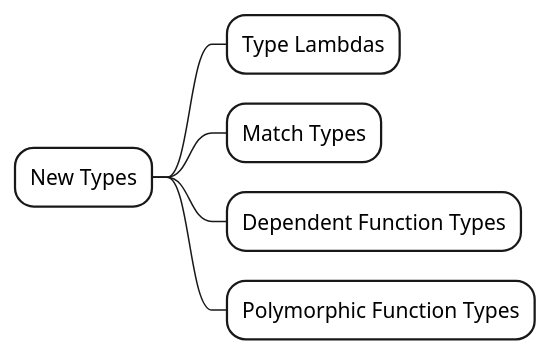
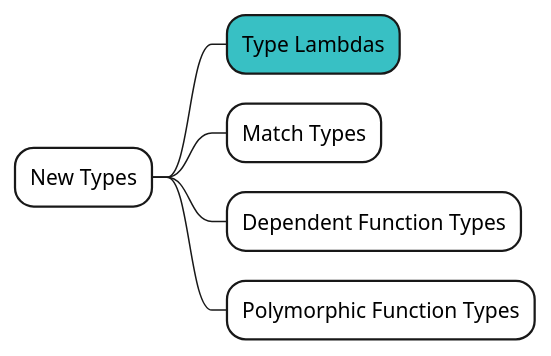
The first of 6 diagrams in docs/step06/01_Referenceを俯瞰してみる.md (shinharad/getting-started-with-scala3), drawn with PlantUML before and after one commit. The commit also changed other lines of this file and 29 other files, not shown here.

````diff
--- a/docs/step06/01_Referenceを俯瞰してみる.md
+++ b/docs/step06/01_Referenceを俯瞰してみる.md
@@ -33,9 +32,9 @@
 ```plantuml
 @startmindmap
 *[#fff] New Types
-**[#fff] Type Lambdas
+**[#38c0c4] Type Lambdas
 **[#fff] Match Types
 **[#fff] Dependent Function Types
 **[#fff] Polymorphic Function Types
 @endmindmap
 ```
````
